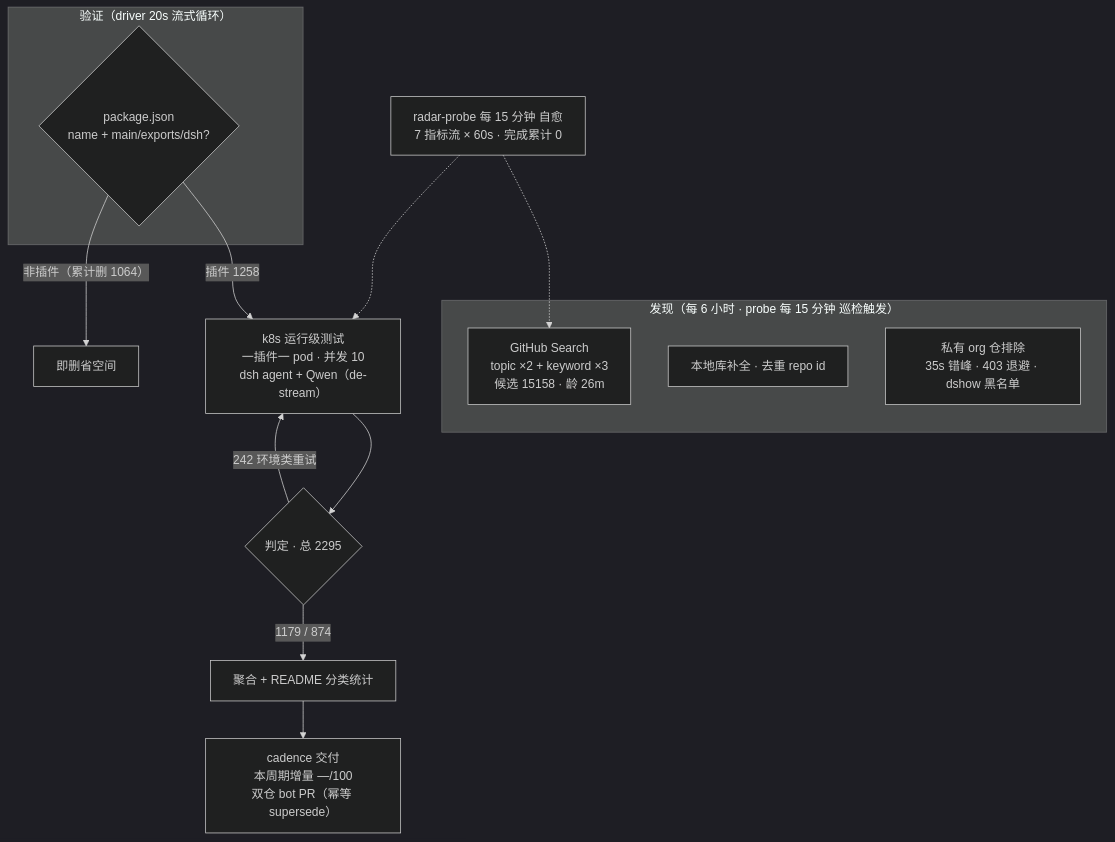
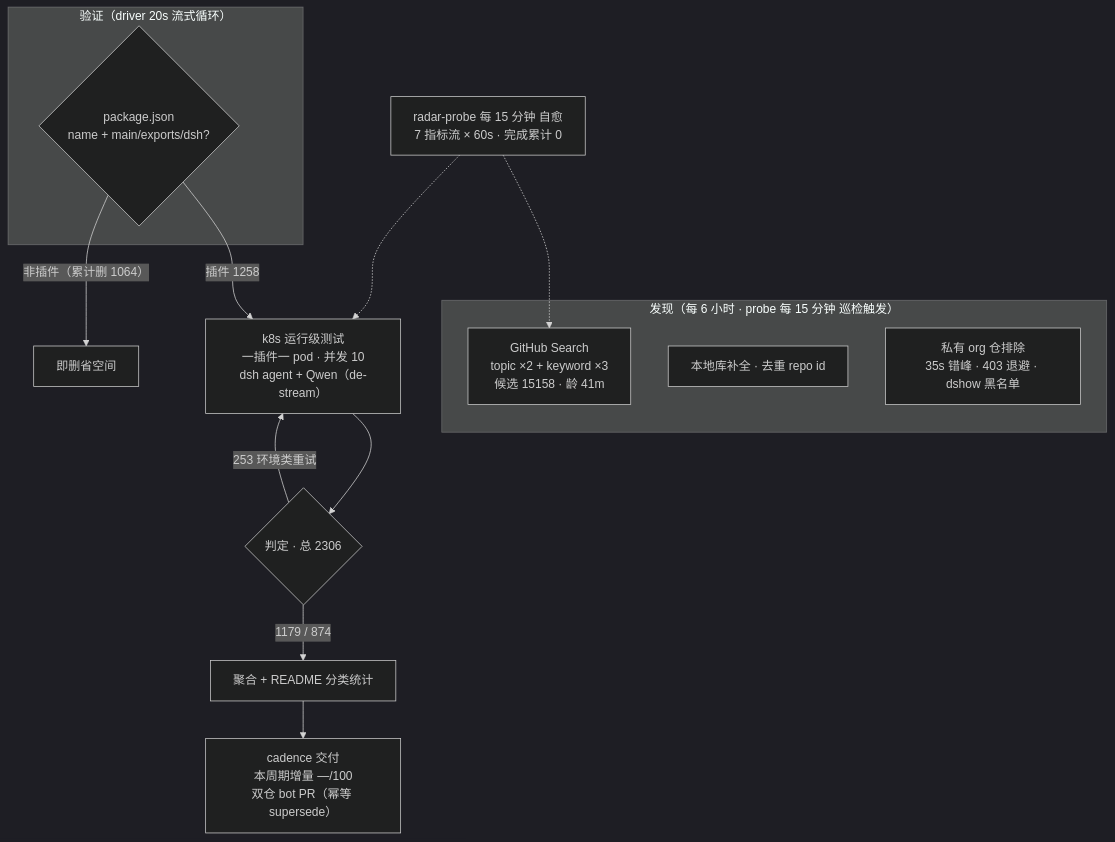
Before and after one commit to Zhidao-Lab-OSS/awesome-dsh-plugins: the diagram in README.md, drawn with Mermaid (dark theme). The commit also changed other lines of this file and 1 other file, not shown here.

````diff
--- a/README.md
+++ b/README.md
@@ -37,20 +37,20 @@
 ```mermaid
 flowchart TB
     subgraph Discovery["发现（每 6 小时 · probe 每 15 分钟 巡检触发）"]
-        A1["GitHub Search<br/>topic ×2 + keyword ×3<br/>候选 15158 · 龄 26m"]
+        A1["GitHub Search<br/>topic ×2 + keyword ×3<br/>候选 15158 · 龄 41m"]
         A2["本地库补全 · 去重 repo id"]
         A3["私有 org 仓排除<br/>35s 错峰 · 403 退避 · dshow 黑名单"]
     end
     subgraph Validation["验证（driver 20s 流式循环）"]
         B1{"package.json<br/>name + main/exports/dsh?"}
     end
     B1 -->|"插件 1258"| C1["k8s 运行级测试<br/>一插件一 pod · 并发 10<br/>dsh agent + Qwen（de-stream）"]
     B1 -->|"非插件（累计删 1064）"| B3["即删省空间"]
-    C1 --> D1{"判定 · 总 2295"}
+    C1 --> D1{"判定 · 总 2306"}
     D1 -->|"1179 / 874"| E1["聚合 + README 分类统计"]
-    D1 -->|"242 环境类重试"| C1
+    D1 -->|"253 环境类重试"| C1
     E1 --> E2["cadence 交付<br/>本周期增量 —/100<br/>双仓 bot PR（幂等 supersede）"]
     M["radar-probe 每 15 分钟 自愈<br/>7 指标流 × 60s · 完成累计 0"]
     M -.-> A1
     M -.-> C1
 ```
````
